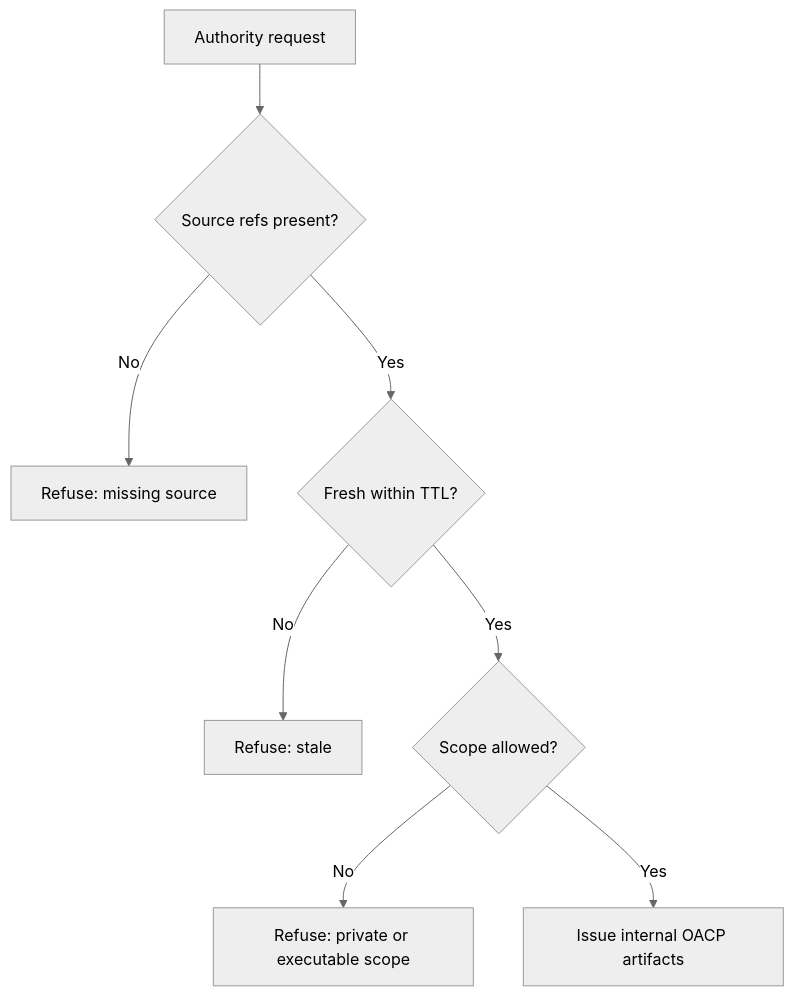
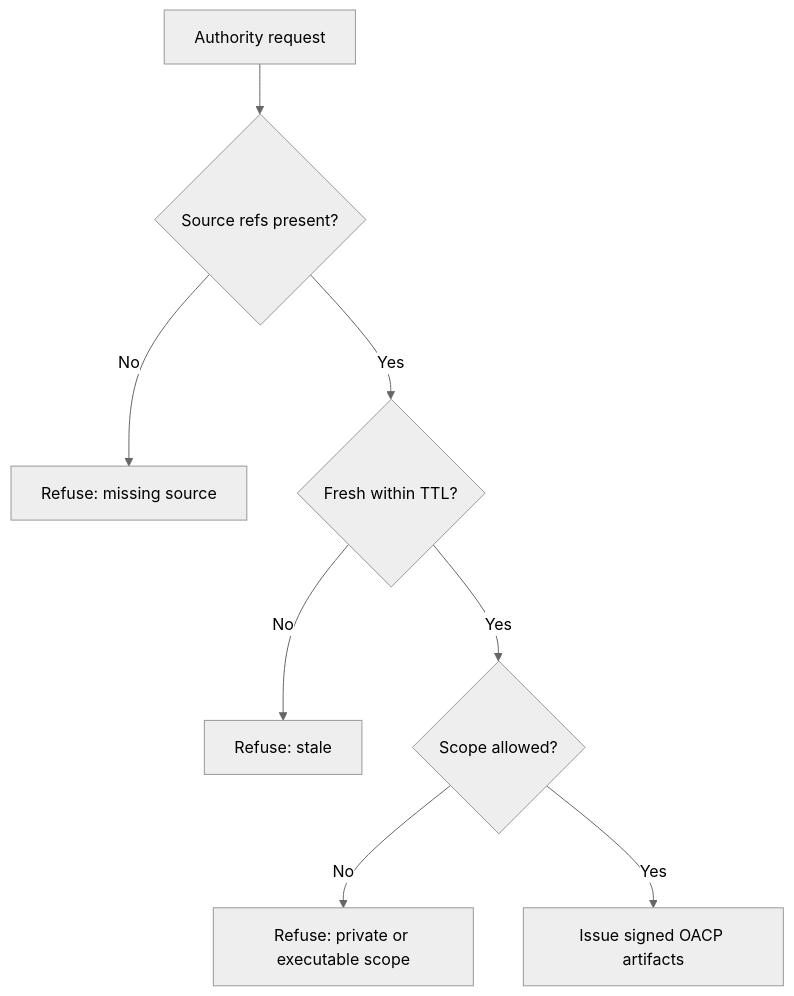
Before and after one commit to mishrasanjeev/grantex: the diagram in docs/guides/oacp/policy-governance.mdx, drawn with Mermaid (neutral theme). The commit also changed 22 other files, not shown here.

````diff
--- a/docs/guides/oacp/policy-governance.mdx
+++ b/docs/guides/oacp/policy-governance.mdx
@@ -24,10 +24,10 @@
 ```mermaid
 flowchart TD
   input[Authority request] --> source{Source refs present?}
   source -->|No| refuse1[Refuse: missing source]
   source -->|Yes| ttl{Fresh within TTL?}
   ttl -->|No| refuse2[Refuse: stale]
   ttl -->|Yes| scope{Scope allowed?}
   scope -->|No| refuse3[Refuse: private or executable scope]
-  scope -->|Yes| issue[Issue internal OACP artifacts]
+  scope -->|Yes| issue[Issue signed OACP artifacts]
 ```
````
